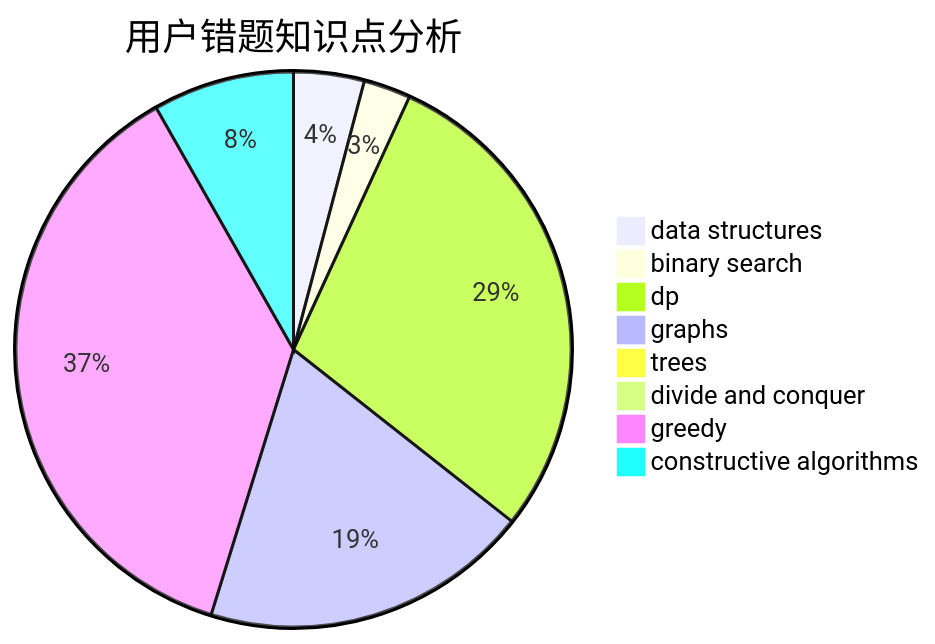
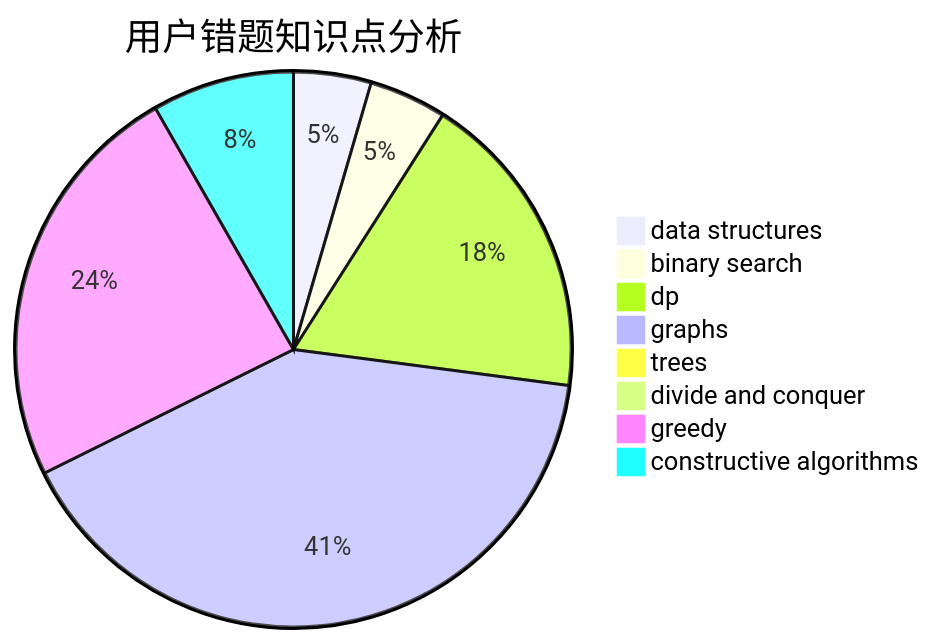
The third of 3 diagrams in docs/user/u1155.md (sherpahu/cfrs.github.io), drawn with Mermaid before and after one commit. The commit also changed other lines of this file and 2770 other files, not shown here.

````diff
--- a/docs/user/u1155.md
+++ b/docs/user/u1155.md
@@ -36,11 +36,11 @@
 ```mermaid
 pie title 用户错题知识点分析
-    "data structures" :  3
-    "binary search" :  2
-    "dp" :  21
-    "graphs" :  14
+    "data structures" :  6
+    "binary search" :  6
+    "dp" :  24
+    "graphs" :  54
     "trees" :  0
     "divide and conquer" :  0
-    "greedy" :  27
-    "constructive algorithms" :  6
+    "greedy" :  32
+    "constructive algorithms" :  11
 ```
````
